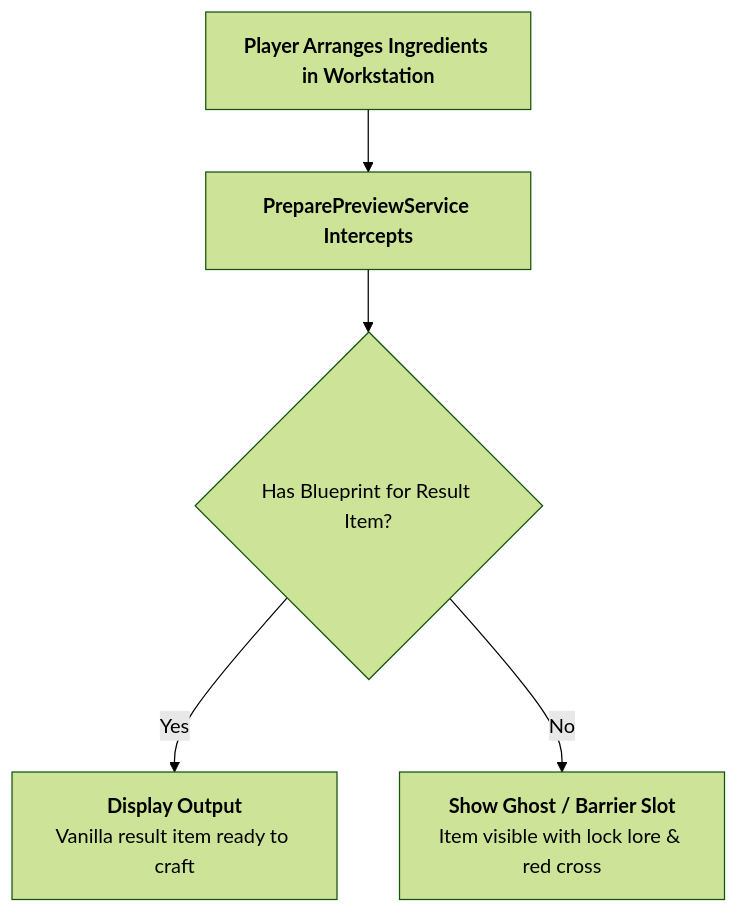
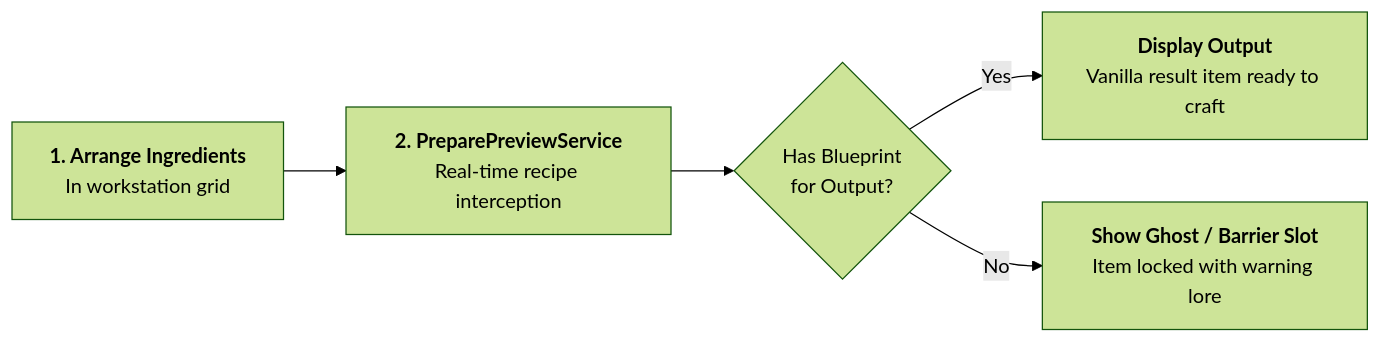
Before and after one commit to XZtotal/CraftingBlueprints-Wiki: the first of 2 diagrams in docs/mechanics/previews-and-recipe-book.md, drawn with Mermaid (forest theme). The commit also changed 21 other files, not shown here.

Commit message:
style(docs): widen all remaining vertical diagrams to horizontal pipelines and guarantee shadow-DOM centering

````diff
--- a/docs/mechanics/previews-and-recipe-book.md
+++ b/docs/mechanics/previews-and-recipe-book.md
@@ -15,12 +15,6 @@
 ```mermaid
-flowchart TD
-    Arr["<b>Player Arranges Ingredients in Workstation</b>"]
-    Serv["<b>PreparePreviewService Intercepts</b>"]
-    Check{"Has Blueprint for Result Item?"}
-    Show["<b>Display Output</b><br/>Vanilla result item ready to craft"]
-    Ghost["<b>Show Ghost / Barrier Slot</b><br/>Item visible with lock lore &amp; red cross"]
-
-    Arr --> Serv --> Check
-    Check -->|Yes| Show
-    Check -->|No| Ghost
+flowchart LR
+    Arr["<b>1. Arrange Ingredients</b><br/>In workstation grid"] --> Serv["<b>2. PreparePreviewService</b><br/>Real-time recipe interception"] --> Check{"Has Blueprint<br/>for Output?"}
+    Check -->|Yes| Show["<b>Display Output</b><br/>Vanilla result item ready to craft"]
+    Check -->|No| Ghost["<b>Show Ghost / Barrier Slot</b><br/>Item locked with warning lore"]
 ```
````
